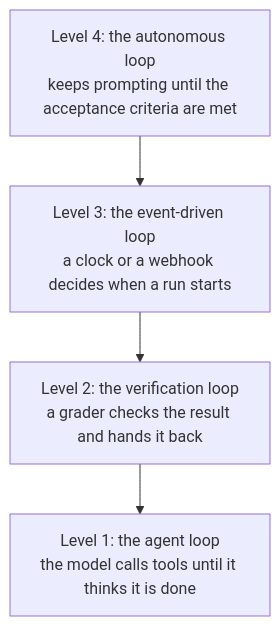
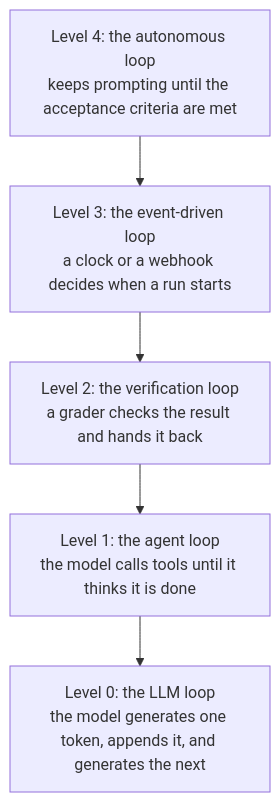
One commit to lokumai/ai-engineering-bazaar changed the first of 2 diagrams in mini-courses/2_intermediate/loop_engineering.md. Above: the diagram before and after it, drawn with Mermaid. The commit also changed other lines of this file and 70 other files, not shown here.

````diff
--- a/mini-courses/2_intermediate/loop_engineering.md
+++ b/mini-courses/2_intermediate/loop_engineering.md
@@ -34,7 +41,8 @@
 ```mermaid
 graph TD
     L4["Level 4: the autonomous loop<br/>keeps prompting until the acceptance criteria are met"] --> L3
     L3["Level 3: the event-driven loop<br/>a clock or a webhook decides when a run starts"] --> L2
     L2["Level 2: the verification loop<br/>a grader checks the result and hands it back"] --> L1
-    L1["Level 1: the agent loop<br/>the model calls tools until it thinks it is done"]
+    L1["Level 1: the agent loop<br/>the model calls tools until it thinks it is done"] --> L0
+    L0["Level 0: the LLM loop<br/>the model generates one token, appends it, and generates the next"]
 ```
````
